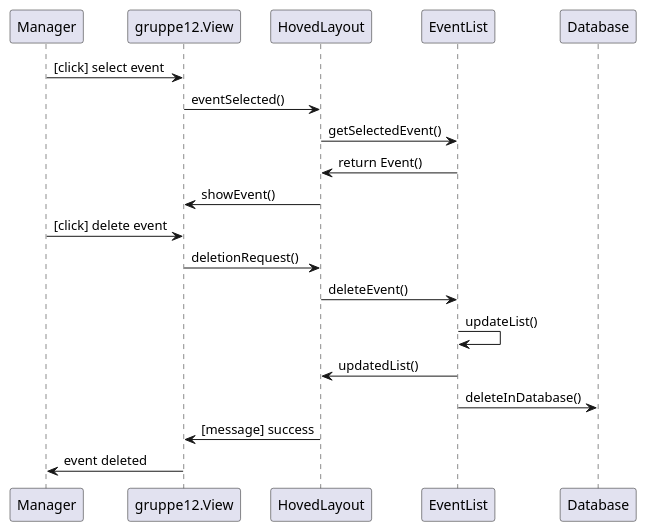
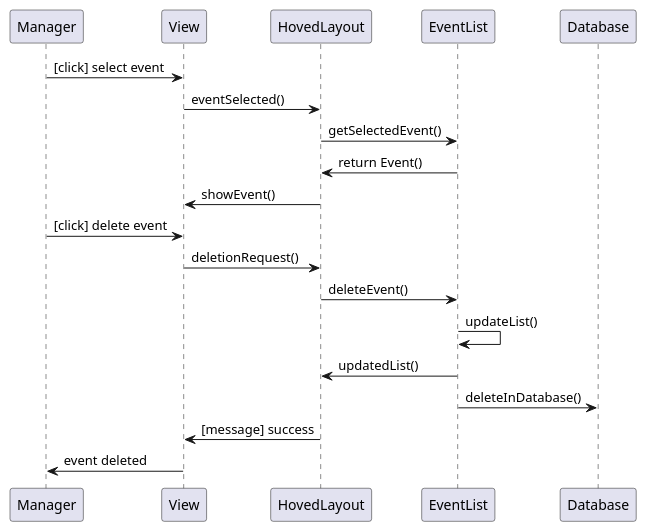
The diagram in src/main/java/gruppe12/Charts/Sequence/alt/DeleteEventSequence.puml (simenvl/software-engineering_g12), drawn with PlantUML before and after one commit. The commit also changed 34 other files, not shown here.

```diff
--- a/src/main/java/gruppe12/Charts/Sequence/alt/DeleteEventSequence.puml
+++ b/src/main/java/gruppe12/Charts/Sequence/alt/DeleteEventSequence.puml
@@ -1,15 +1,15 @@
 @startuml
-Manager -> gruppe12.View: [click] select event
-gruppe12.View -> HovedLayout: eventSelected()
+Manager -> View: [click] select event
+View -> HovedLayout: eventSelected()
 HovedLayout -> EventList: getSelectedEvent()
 EventList -> HovedLayout: return Event()
-HovedLayout -> gruppe12.View: showEvent()
-Manager -> gruppe12.View: [click] delete event
-gruppe12.View -> HovedLayout: deletionRequest()
+HovedLayout -> View: showEvent()
+Manager -> View: [click] delete event
+View -> HovedLayout: deletionRequest()
 HovedLayout -> EventList: deleteEvent()
 EventList -> EventList: updateList()
 EventList -> HovedLayout: updatedList()
 EventList -> Database: deleteInDatabase()
-HovedLayout -> gruppe12.View: [message] success
-gruppe12.View -> Manager: event deleted
+HovedLayout -> View: [message] success
+View -> Manager: event deleted
 @enduml
```
